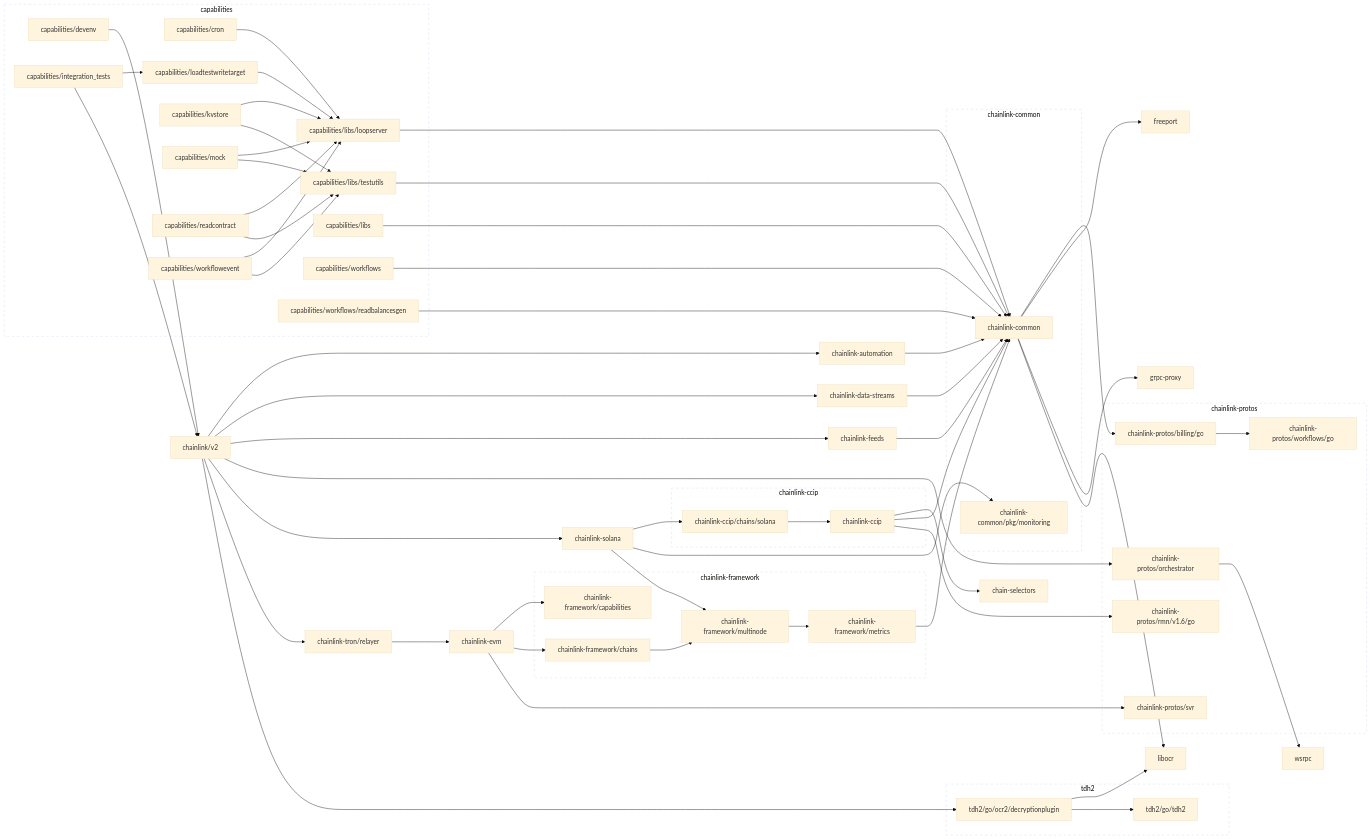
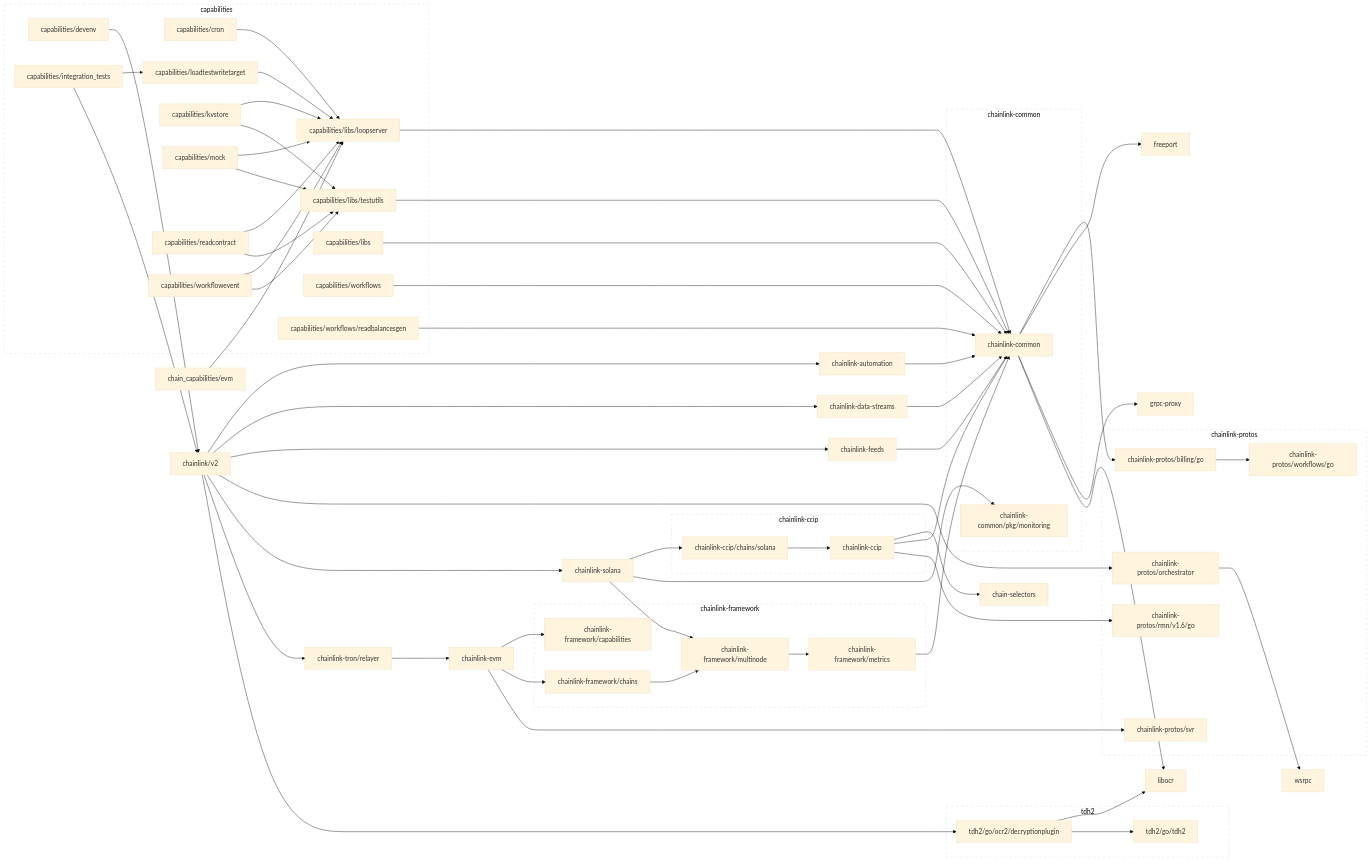
One commit to smartcontractkit/capabilities changed the diagram in go.md. Above: the diagram before and after it, drawn with Mermaid (base theme). The commit also changed 1 other file, not shown here.

Commit message:
goimports and update modgraph

```diff
--- a/go.md
+++ b/go.md
@@ -35,6 +35,8 @@
 	click capabilities/workflows/readbalancesgen href "https://github.com/smartcontractkit/capabilities"
 	chain-selectors
 	click chain-selectors href "https://github.com/smartcontractkit/chain-selectors"
+	chain_capabilities/evm --> capabilities/libs/loopserver
+	click chain_capabilities/evm href "https://github.com/smartcontractkit/chain_capabilities"
 	chainlink-automation --> chainlink-common
 	click chainlink-automation href "https://github.com/smartcontractkit/chainlink-automation"
 	chainlink-ccip --> chain-selectors
```
